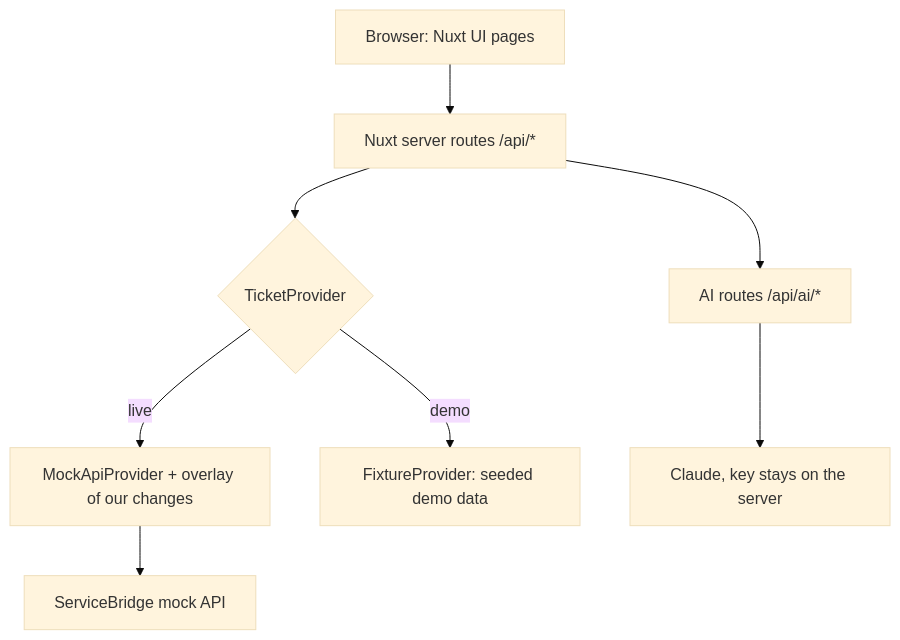
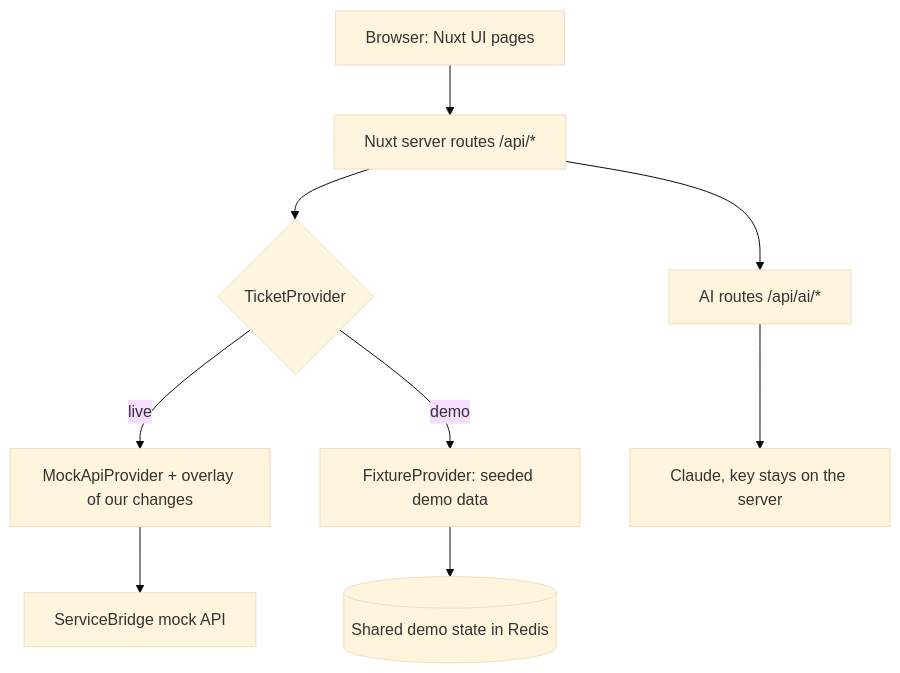
One commit to chokonaira/PragHack changed the second of 2 diagrams in README.md. Above: the diagram before and after it, drawn with Mermaid (base theme). The commit also changed other lines of this file, not shown here.

````diff
--- a/README.md
+++ b/README.md
@@ -36,10 +68,11 @@
 ```mermaid
 flowchart TB
     UI["Browser: Nuxt UI pages"] --> API["Nuxt server routes /api/*"]
     API --> P{"TicketProvider"}
     P -->|"live"| M["MockApiProvider + overlay of our changes"]
     P -->|"demo"| F["FixtureProvider: seeded demo data"]
     M --> S["ServiceBridge mock API"]
+    F --> R[("Shared demo state in Redis")]
     API --> L["AI routes /api/ai/*"]
     L --> LLM["Claude, key stays on the server"]
 ```
````
